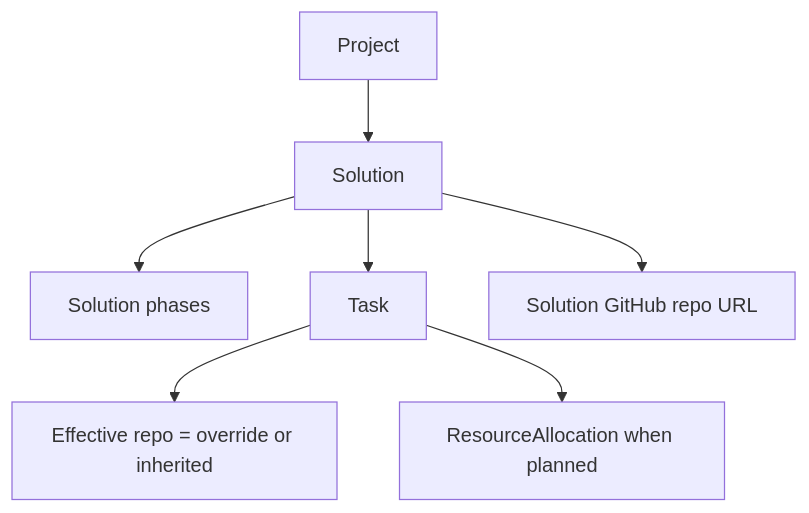
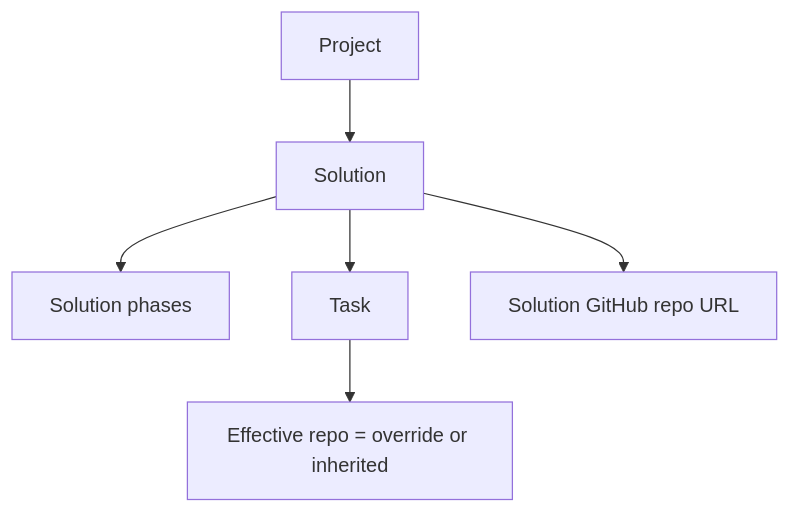
One commit to lukegob10/sipm changed the third of 4 diagrams in docs/data-dictionary.md. Above: the diagram before and after it, drawn with Mermaid. The commit also changed other lines of this file and 156 other files, not shown here.

````diff
--- a/docs/data-dictionary.md
+++ b/docs/data-dictionary.md
@@ -801,9 +678,8 @@
 ```mermaid
 flowchart TD
   Project["Project"] --> Solution["Solution"]
   Solution --> PhaseConfig["Solution phases"]
   Solution --> Task["Task"]
   Solution --> Repo["Solution GitHub repo URL"]
   Task --> EffectiveRepo["Effective repo = override or inherited"]
-  Task --> Allocation["ResourceAllocation when planned"]
 ```
````
